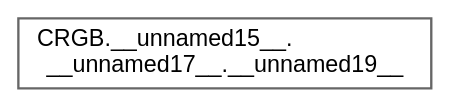
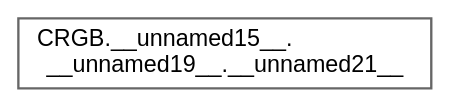
Before and after one commit to manmuqingshan/FastLED: the diagram in docs/inherit_graph_40.dot, drawn with Graphviz. The commit also changed 10182 other files, not shown here.

```diff
--- a/docs/inherit_graph_40.dot
+++ b/docs/inherit_graph_40.dot
@@ -1,9 +1,9 @@
 digraph "Graphical Class Hierarchy"
 {
  // LATEX_PDF_SIZE
   bgcolor="transparent";
   edge [fontname=Helvetica,fontsize=10,labelfontname=Helvetica,labelfontsize=10];
   node [fontname=Helvetica,fontsize=10,shape=box,height=0.2,width=0.4];
   rankdir="LR";
-  Node0 [id="Node000000",label="CRGB.__unnamed15__.\l__unnamed17__.__unnamed19__",height=0.2,width=0.4,color="grey40", fillcolor="white", style="filled",URL="$db/d87/group___pixel_types.html#d6/df0/union_c_r_g_b_8____unnamed15_____8____unnamed17_____8____unnamed19____",tooltip=" "];
+  Node0 [id="Node000000",label="CRGB.__unnamed15__.\l__unnamed19__.__unnamed21__",height=0.2,width=0.4,color="grey40", fillcolor="white", style="filled",URL="$db/d87/group___pixel_types.html#df/dba/union_c_r_g_b_8____unnamed15_____8____unnamed19_____8____unnamed21____",tooltip=" "];
 }
```
